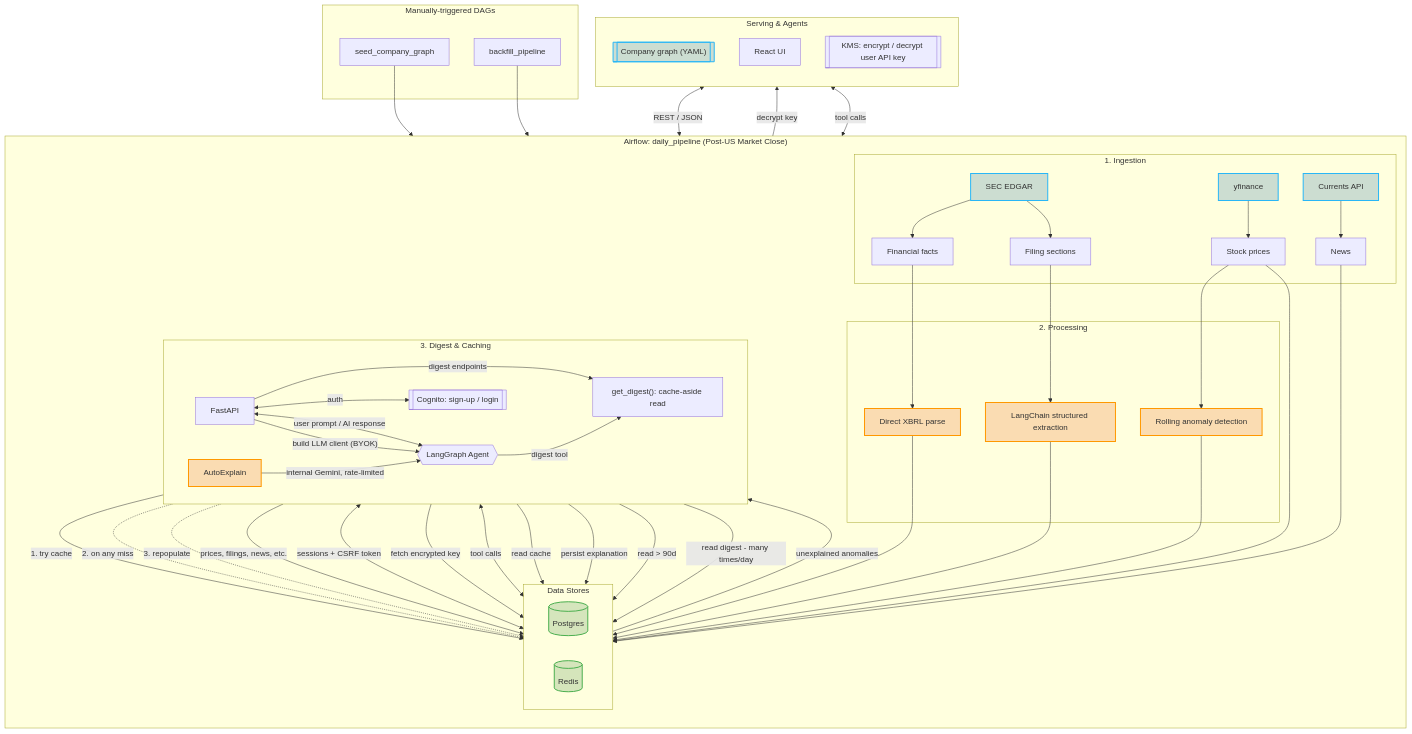
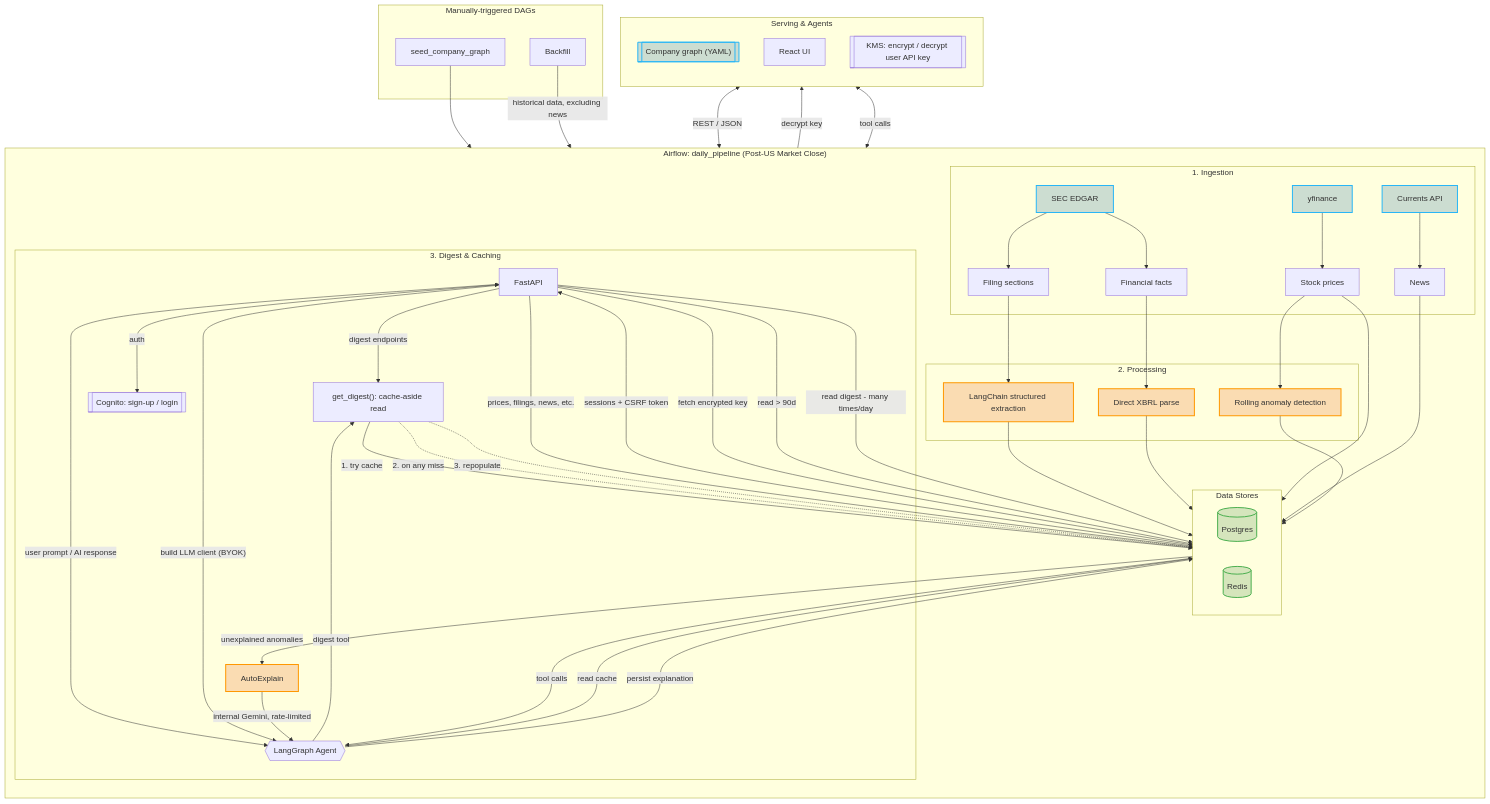
One commit to RuiDavid5b/yield-line changed the first of 2 diagrams in README.md. Above: the diagram before and after it, drawn with Mermaid.

Commit message:
update diagram

```diff
--- a/README.md
+++ b/README.md
@@ -94,7 +94,6 @@
         end
 
         subgraph Analytics["3. Digest & Caching"]
-            direction LR
             GetDigest["get_digest(): cache-aside read"]
 
             API -->|"digest endpoints"| GetDigest
@@ -114,7 +113,7 @@
 
     subgraph OneOff["Manually-triggered DAGs"]
         Seed[seed_company_graph] --> PG
-        Backfill["backfill_pipeline"] --> PG
+        Backfill -->|"historical data, excluding news"| Ingestion
     end
 
     CompanyGraph[["Company graph (YAML)"]]
```
